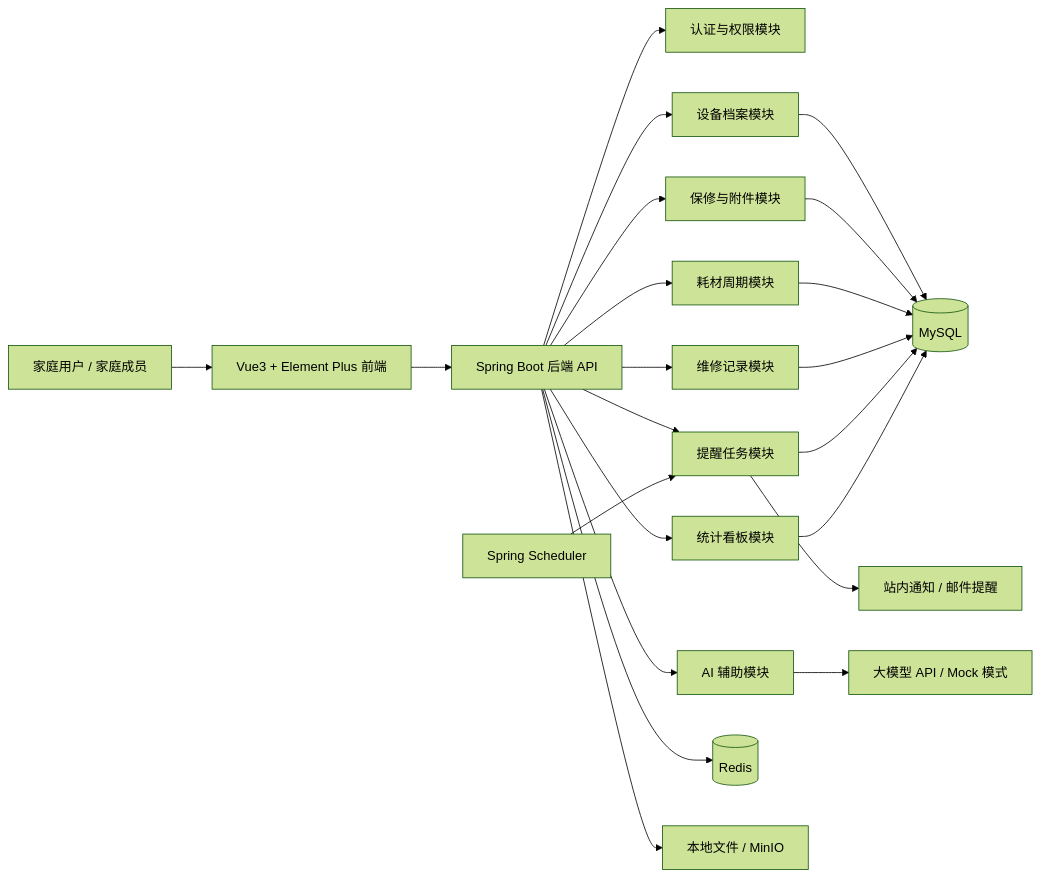
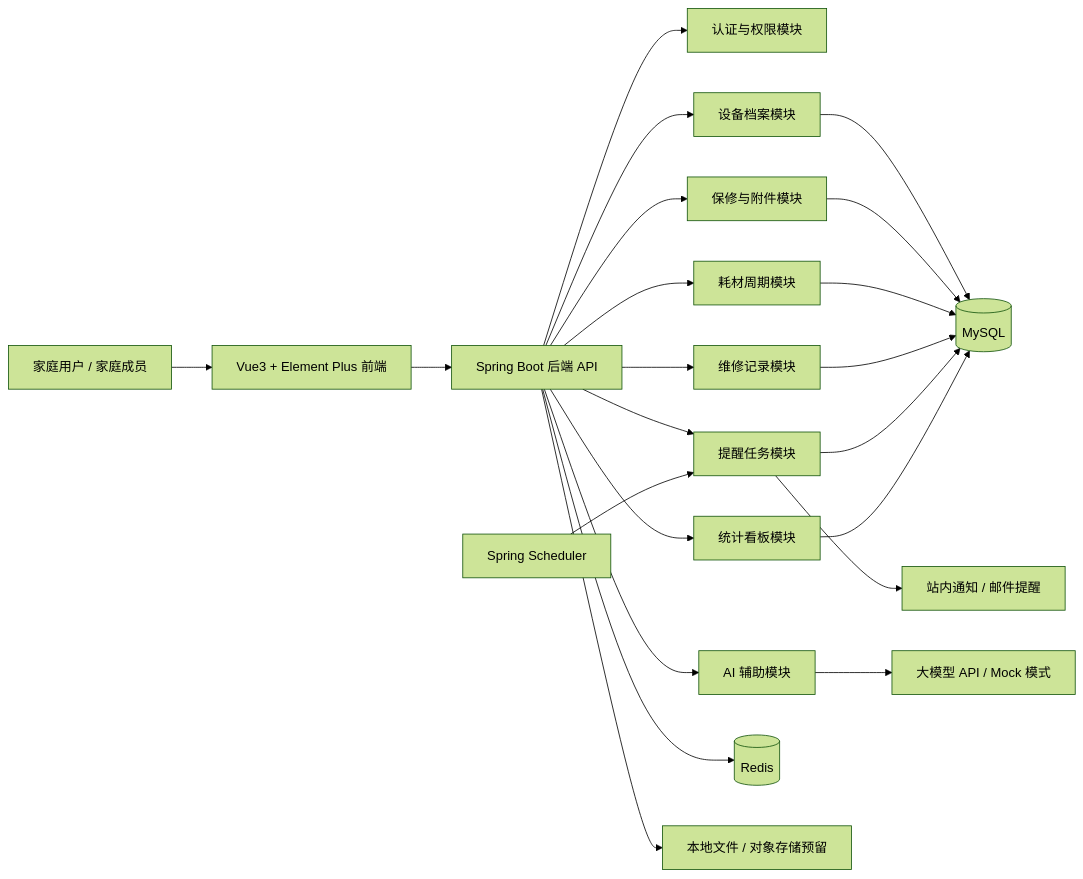
One commit to BQHM/fixledger changed the diagram in README.md. Above: the diagram before and after it, drawn with Mermaid (forest theme). The commit also changed other lines of this file and 6 other files, not shown here.

````diff
--- a/README.md
+++ b/README.md
@@ -42,28 +42,28 @@
 ```mermaid
 flowchart LR
     User["家庭用户 / 家庭成员"] --> Web["Vue3 + Element Plus 前端"]
     Web --> API["Spring Boot 后端 API"]
 
     API --> Auth["认证与权限模块"]
     API --> Asset["设备档案模块"]
     API --> Warranty["保修与附件模块"]
     API --> Consumable["耗材周期模块"]
     API --> Maintenance["维修记录模块"]
     API --> Reminder["提醒任务模块"]
     API --> Dashboard["统计看板模块"]
     API --> AI["AI 辅助模块"]
 
     Asset --> MySQL[("MySQL")]
     Warranty --> MySQL
     Consumable --> MySQL
     Maintenance --> MySQL
     Reminder --> MySQL
     Dashboard --> MySQL
 
     API --> Redis[("Redis")]
-    API --> Storage["本地文件 / MinIO"]
+    API --> Storage["本地文件 / 对象存储预留"]
     AI --> LLM["大模型 API / Mock 模式"]
 
     Scheduler["Spring Scheduler"] --> Reminder
     Reminder --> Notify["站内通知 / 邮件提醒"]
 ```
````
